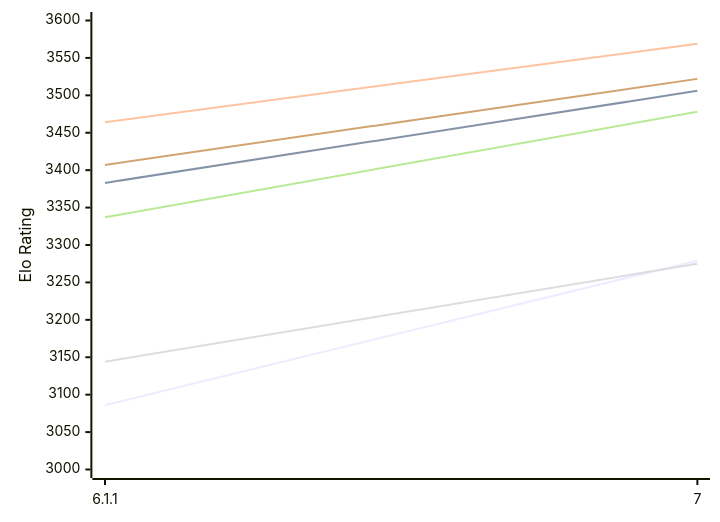
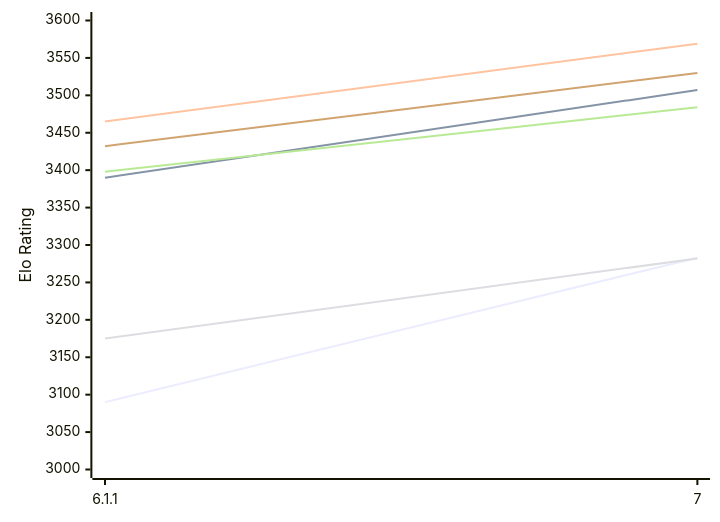
Before and after one commit to computer-chess-index/cci: the first of 2 diagrams in engines/Zangdar.md, drawn with Mermaid. The commit also changed other lines of this file, not shown here.

Commit message:
Update CCI Ratings (ELO VLTC) - 2026-11-25

````diff
--- a/engines/Zangdar.md
+++ b/engines/Zangdar.md
@@ -53,12 +53,12 @@
 ```mermaid
 %%{init: {"theme":"base","themeVariables":{"seriesColors:['#a3a3a3','#222221','#faa371']}}}%%
 xychart-beta
   x-axis ["6.1.1", "7"]
   y-axis "Elo Rating" 3000 --> 3600
-  line "E1: STC (8.0+0.08s)" [3086, 3279]
-  line "E1: LTC (60.0+0.60s)" [3383, 3506]
-  line "E1: VLTC (2m24s+1.12s)" [3464, 3569]
-  line "P1: STC (8.0+0.08s)" [3144, 3275]
-  line "P1: LTC (60.0+0.60s)" [3337, 3478]
-  line "P1: VLTC (2m24s+1.12s)" [3407, 3522]
+  line "E1: STC (8.0+0.08s)" [3090, 3283]
+  line "E1: LTC (60.0+0.60s)" [3390, 3507]
+  line "E1: VLTC (2m24s+1.12s)" [3465, 3569]
+  line "P1: STC (8.0+0.08s)" [3175, 3282]
+  line "P1: LTC (60.0+0.60s)" [3398, 3484]
+  line "P1: VLTC (2m24s+1.12s)" [3432, 3530]
 ```
````
